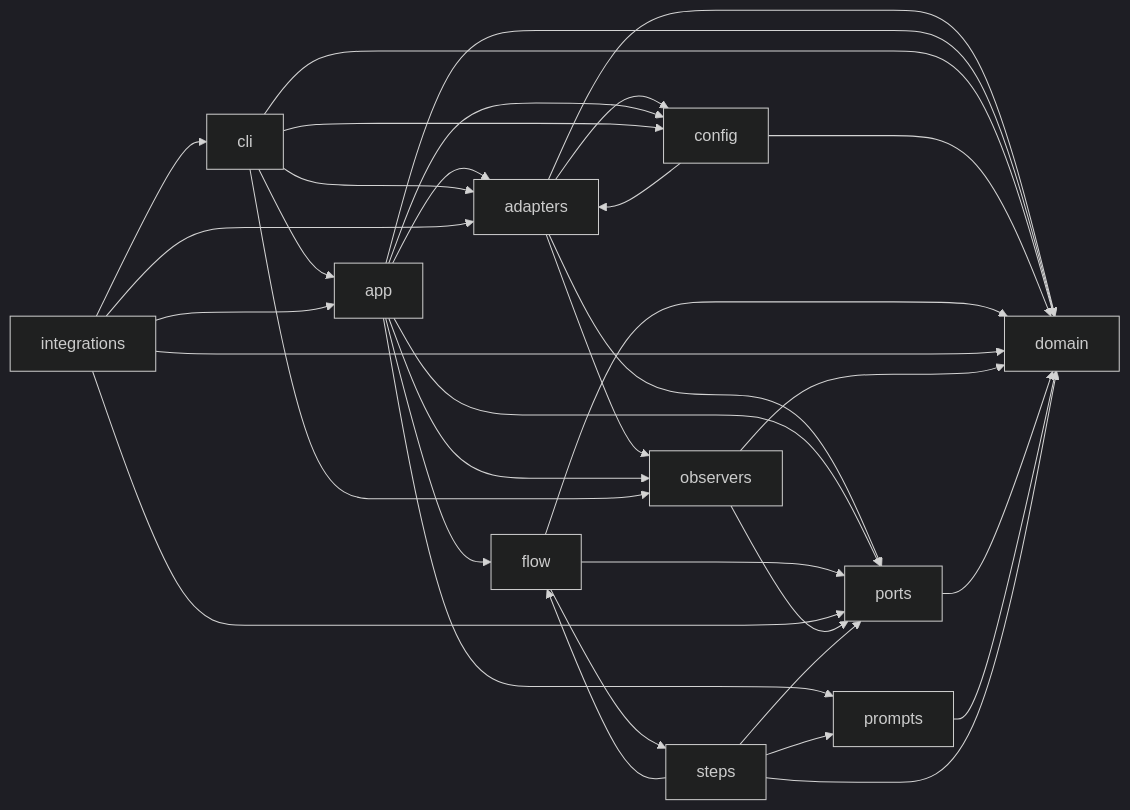
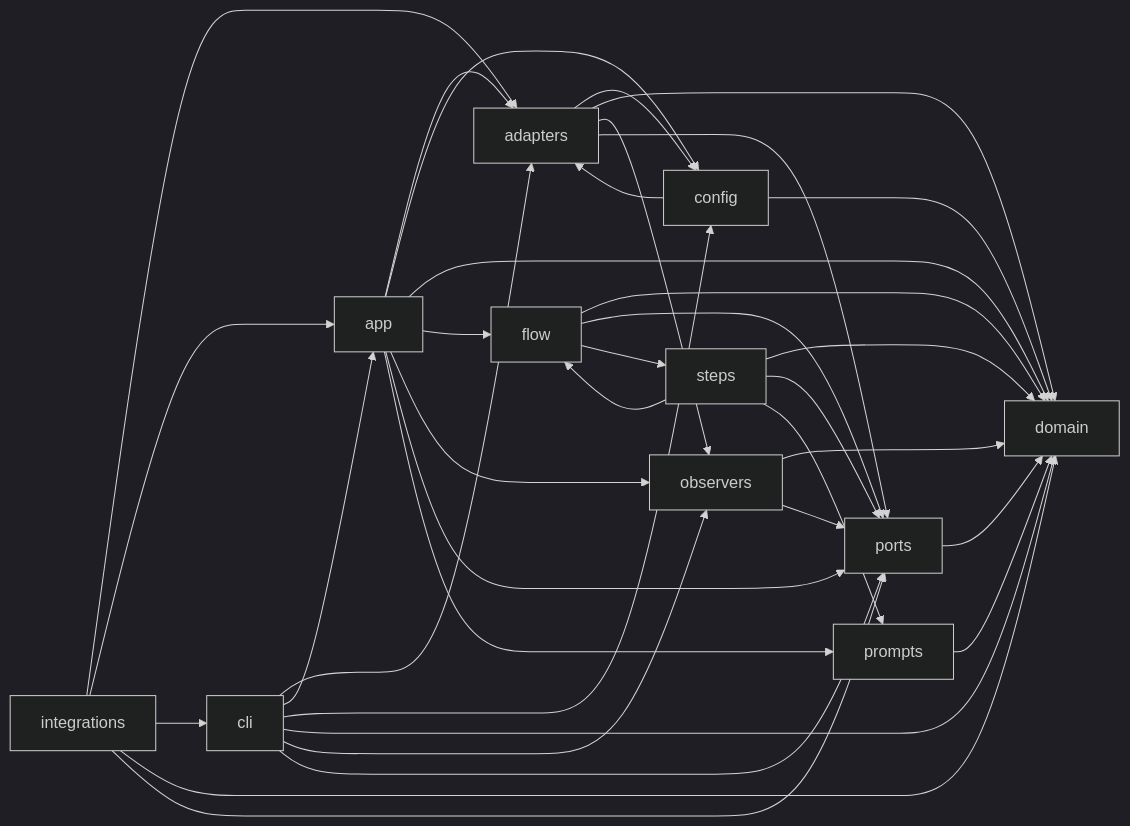
The first of 2 diagrams in docs/workflow-ownership.md (ygrishajev/jig), drawn with Mermaid (dark theme) before and after one commit. The commit also changed other lines of this file and 127 other files, not shown here.

````diff
--- a/docs/workflow-ownership.md
+++ b/docs/workflow-ownership.md
@@ -42,37 +42,38 @@
 ```mermaid
 flowchart LR
   adapters --> config
   adapters --> domain
   adapters --> observers
   adapters --> ports
   app --> adapters
   app --> config
   app --> domain
   app --> flow
   app --> observers
   app --> ports
   app --> prompts
   cli --> adapters
   cli --> app
   cli --> config
   cli --> domain
   cli --> observers
+  cli --> ports
   config --> adapters
   config --> domain
   flow --> domain
   flow --> ports
   flow --> steps
   integrations --> adapters
   integrations --> app
   integrations --> cli
   integrations --> domain
   integrations --> ports
   observers --> domain
   observers --> ports
   ports --> domain
   prompts --> domain
   steps --> domain
   steps --> flow
   steps --> ports
   steps --> prompts
 ```
````
